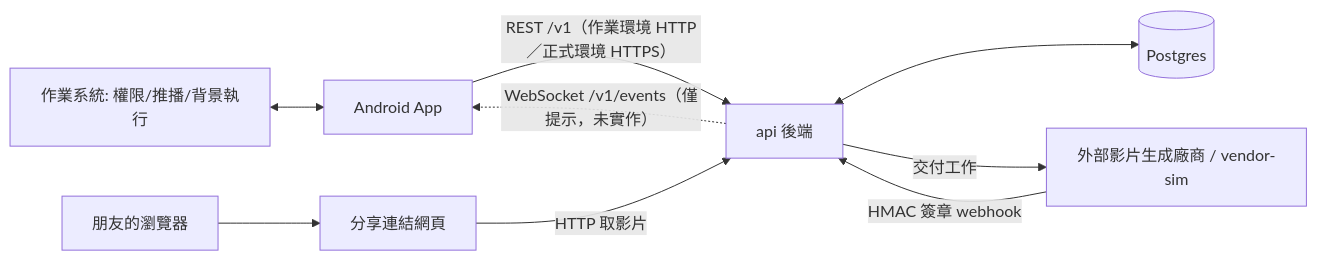
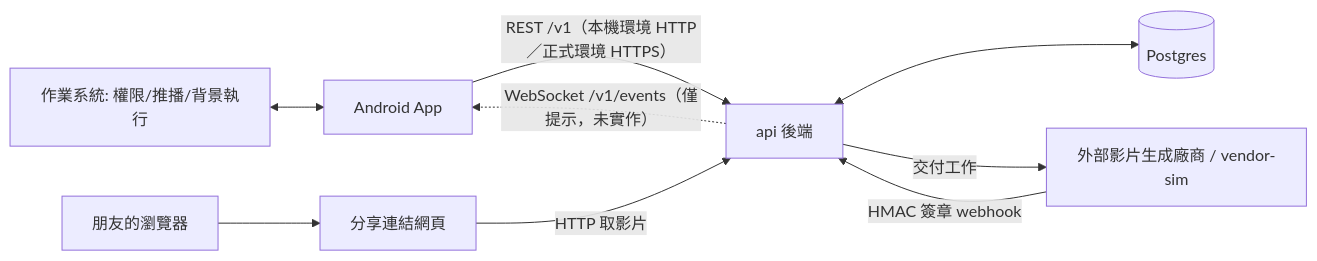
Before and after one commit to jay41chen/cameo: the first of 4 diagrams in ARCHITECTURE.md, drawn with Mermaid. The commit also changed other lines of this file and 4 other files, not shown here.

First line of the commit message:
docs: trim the side specs and drop assignment wording from ARCHITECTURE

````diff
--- a/ARCHITECTURE.md
+++ b/ARCHITECTURE.md
@@ -21,11 +17,11 @@
 ```mermaid
 flowchart LR
   OS[作業系統: 權限/推播/背景執行] <--> App[Android App]
-  App -- "REST /v1（作業環境 HTTP／正式環境 HTTPS）" --> API[api 後端]
+  App -- "REST /v1（本機環境 HTTP／正式環境 HTTPS）" --> API[api 後端]
   API -. "WebSocket /v1/events（僅提示，未實作）" .-> App
   API <--> DB[(Postgres)]
   API -- "交付工作" --> Vendor[外部影片生成廠商 / vendor-sim]
   Vendor -- "HMAC 簽章 webhook" --> API
   Web[分享連結網頁] -- "HTTP 取影片" --> API
   Friend[朋友的瀏覽器] --> Web
 ```
````
